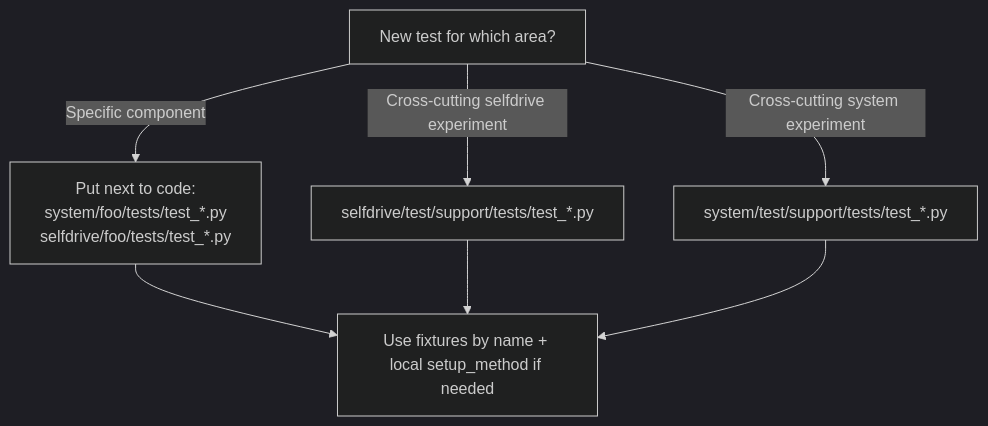
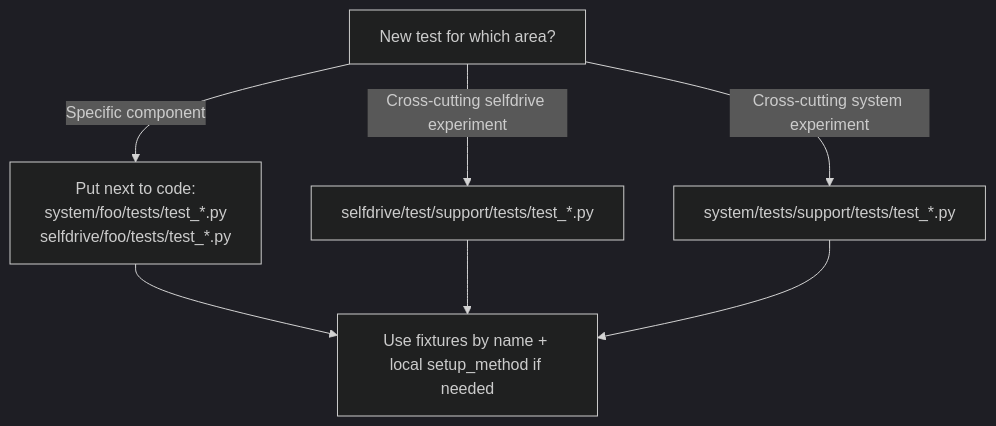
Before and after one commit to Colby-Frison/openpilot: the fourth of 4 diagrams in docs/testing/INFRASTRUCTURE-OVERVIEW.md, drawn with Mermaid (dark theme). The commit also changed other lines of this file and 10 other files, not shown here.

Commit message:
Updated system tests to be in existing directory I had made a new folder /test instead of adding the new tests to the existing /tests directory, this commit corrects that.

````diff
--- a/docs/testing/INFRASTRUCTURE-OVERVIEW.md
+++ b/docs/testing/INFRASTRUCTURE-OVERVIEW.md
@@ -143,10 +159,10 @@
 ```mermaid
 flowchart TD
   Q[New test for which area?]
   Q -->|Specific component| C[Put next to code:<br/>system/foo/tests/test_*.py<br/>selfdrive/foo/tests/test_*.py]
   Q -->|Cross-cutting selfdrive experiment| S[selfdrive/test/support/tests/test_*.py]
-  Q -->|Cross-cutting system experiment| SY[system/test/support/tests/test_*.py]
+  Q -->|Cross-cutting system experiment| SY[system/tests/support/tests/test_*.py]
   C --> U[Use fixtures by name + local setup_method if needed]
   S --> U
   SY --> U
 ```
````
